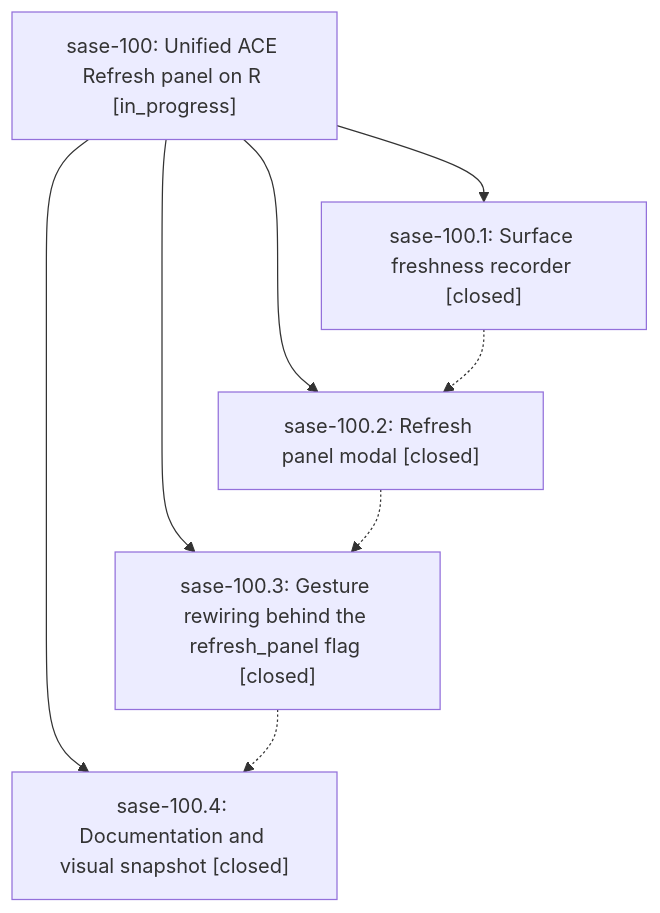
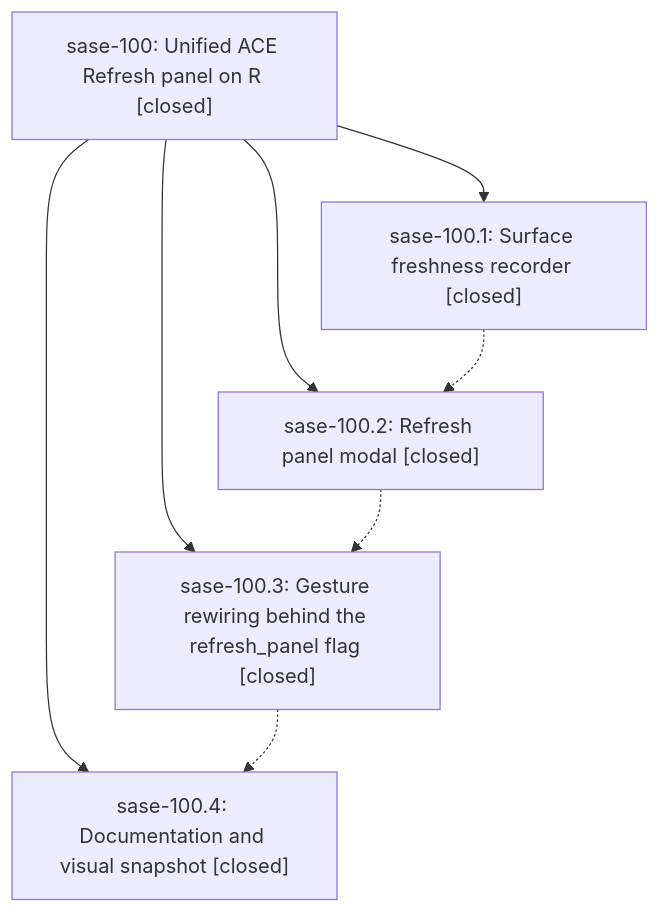
The diagram in pages/sase-100/README.md (sase-org/sase--beads), drawn with Mermaid before and after one commit. The commit also changed other lines of this file, not shown here.

First line of the commit message:
chore(beads): sync bead state and pages for sase-100

````diff
--- a/pages/sase-100/README.md
+++ b/pages/sase-100/README.md
@@ -41,15 +47,15 @@
 ```mermaid
 flowchart TD
-    n0["sase-100: Unified ACE Refresh panel on R [in_progress]"]
+    n0["sase-100: Unified ACE Refresh panel on R [closed]"]
     n1["sase-100.1: Surface freshness recorder [closed]"]
     n2["sase-100.2: Refresh panel modal [closed]"]
     n3["sase-100.3: Gesture rewiring behind the refresh_panel flag [closed]"]
     n4["sase-100.4: Documentation and visual snapshot [closed]"]
     n0 --> n1
     n0 --> n2
     n0 --> n3
     n0 --> n4
     n1 -.-> n2
     n2 -.-> n3
     n3 -.-> n4
 ```
````
